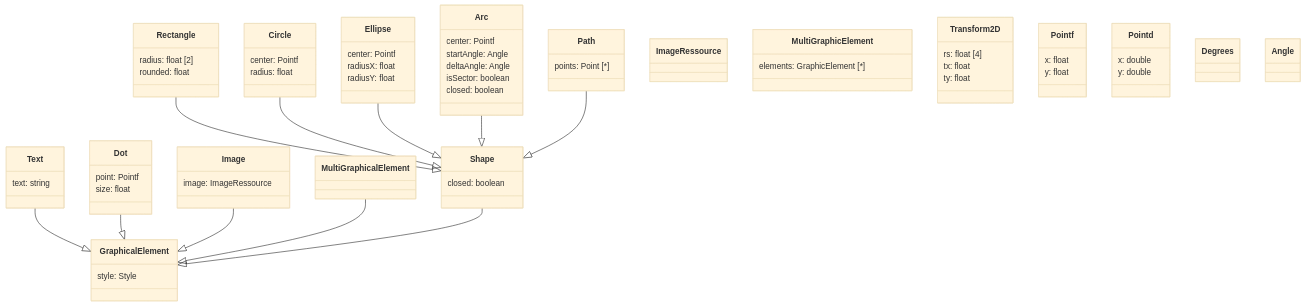
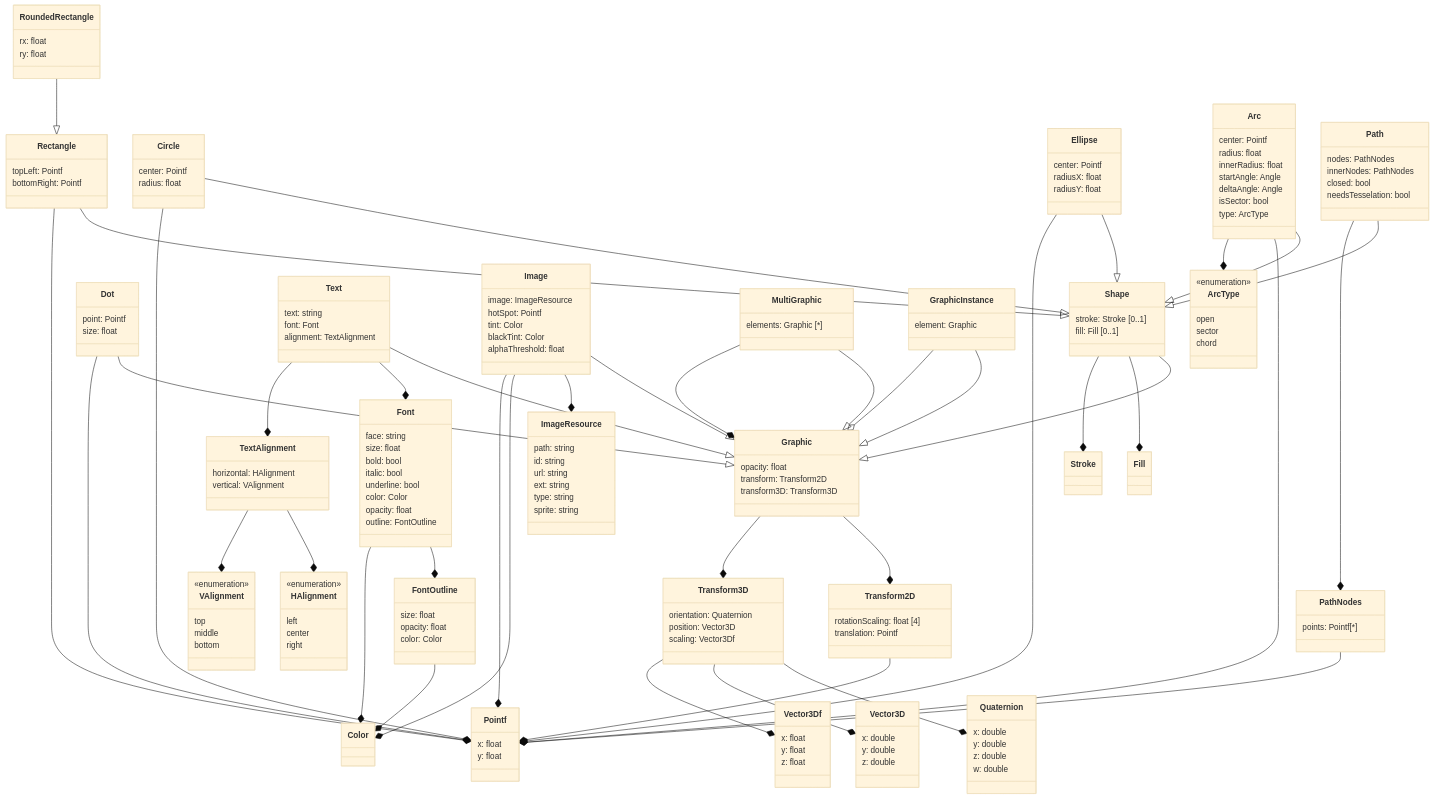
The diagram in core/UML/mermaid/2DGraphics.md (opengeospatial/styles-and-symbology), drawn with Mermaid (base theme) before and after one commit. The commit also changed 2 other files, not shown here.

Commit message:
UML/2DGraphics; VectorFeaturesSymbolizer: Fixes and improvements

````diff
--- a/core/UML/mermaid/2DGraphics.md
+++ b/core/UML/mermaid/2DGraphics.md
@@ -3,16 +3,26 @@
 ```mermaid
   classDiagram
   %% Class definition
-    class GraphicalElement {
-        style: Style
+    class Graphic {
+        opacity: float
+        transform: Transform2D
+        transform3D: Transform3D
+    }
+    class Shape {
+        stroke: Stroke [0..1]
+        fill: Fill [0..1]
     }
     class Dot {
         point: Pointf
         size: float
     }
     class Rectangle {
-        radius: float [2]
-        rounded: float
+       topLeft: Pointf
+       bottomRight: Pointf
+    }
+    class RoundedRectangle {
+        rx: float
+        ry: float
     }
     class Circle {
         center: Pointf
@@ -23,55 +33,163 @@
         radiusX: float
         radiusY: float
     }
+    class ArcType {
+       <<enumeration>>
+       open
+       sector
+       chord
+    }
+
     class Arc {
         center: Pointf
+        radius: float
+        innerRadius: float
         startAngle: Angle
         deltaAngle: Angle
-        isSector: boolean
-        closed: boolean
+        isSector: bool
+        type: ArcType
+    }
+    class PathNodes {
+       points: Pointf[*]
     }
     class Path {
-        points: Point [*]
+        nodes: PathNodes
+        innerNodes: PathNodes
+        closed: bool
+        needsTesselation: bool
     }
+    class TextAlignment {
+      horizontal: HAlignment
+      vertical: VAlignment
+    }
+    class HAlignment {
+      <<enumeration>>
+      left
+      center
+      right
+    }
+    class VAlignment {
+      <<enumeration>>
+      top
+      middle
+      bottom
+    }
+    class FontOutline {
+       size: float
+       opacity: float
+       color: Color
+    }
+    class Font {
+      face: string
+      size: float
+      bold: bool
+      italic: bool
+      underline: bool
+      color: Color
+      opacity: float
+      outline: FontOutline
+    }
+
     class Text {
         text: string
+        font: Font
+        alignment: TextAlignment
     }
-    class ImageRessource
+    class ImageResource {
+       path: string
+       id: string
+       url: string
+       ext: string
+       type: string
+       sprite: string
+    }
     class Image {
-        image: ImageRessource
+        image: ImageResource
+        hotSpot: Pointf
+        tint: Color
+        blackTint: Color
+        alphaThreshold: float
     }
-    class MultiGraphicElement {
-        elements: GraphicElement [*]
+    class MultiGraphic {
+        elements: Graphic [*]
+    }
+    class GraphicInstance {
+       element: Graphic
+    }
+    class Vector3D {
+       x: double
+       y: double
+       z: double
+    }
+    class Vector3Df {
+       x: float
+       y: float
+       z: float
+    }
+    class Quaternion {
+       x: double
+       y: double
+       z: double
+       w: double
+    }
+    class Transform3D {
+        orientation: Quaternion
+        position: Vector3D
+        scaling: Vector3Df
     }
     class Transform2D {
-        rs: float [4]
-        tx: float
-        ty: float
-    }
-    class Shape {
-        closed: boolean
+        rotationScaling: float [4]
+        translation: Pointf
     }
     class Pointf {
         x: float
         y: float
     }
-    class Pointd {
-        x: double
-        y: double
-    }
-    class Degrees
-    class Angle
   %% Relations
   %% Inheritance
-  Text --|> GraphicalElement
-  Dot --|> GraphicalElement
-  Image --|> GraphicalElement
-  MultiGraphicalElement --|> GraphicalElement
-  Shape --|> GraphicalElement
-
+  Text --|> Graphic
+  Dot --|> Graphic
+  Image --|> Graphic
+  MultiGraphic --|> Graphic
+  Shape --|> Graphic
   Rectangle --|> Shape
   Circle --|> Shape
   Ellipse --|> Shape
   Arc --|> Shape
-  Path --|> Shape  
+  Path --|> Shape
+  RoundedRectangle --|> Rectangle
+  GraphicInstance --|> Graphic
+
+  %% Composition
+  PathNodes --* Pointf
+  Path --* PathNodes
+  Dot --* Pointf
+  Circle --* Pointf
+  Ellipse --* Pointf
+  Rectangle --* Pointf
+  Arc --* Pointf
+  Arc --* ArcType
+  Graphic --* Transform2D
+  Graphic --* Transform3D
+  Transform3D --* Quaternion
+  Transform3D --* Vector3D
+  Transform3D --* Vector3Df
+  Transform2D --* Pointf
+  Image --* ImageResource
+  Image --* Color
+  Image --* Pointf
+  MultiGraphic --* Graphic
+  Text --* Font
+  Text --* TextAlignment
+  Font --* FontOutline
+  Font --* Color
+  FontOutline --* Color
+  TextAlignment --* HAlignment
+  TextAlignment --* VAlignment
+  Shape --* Fill
+  Shape --* Stroke
+
+  %% Aggregation
+  GraphicInstance --o Graphic
+
 ```
````
